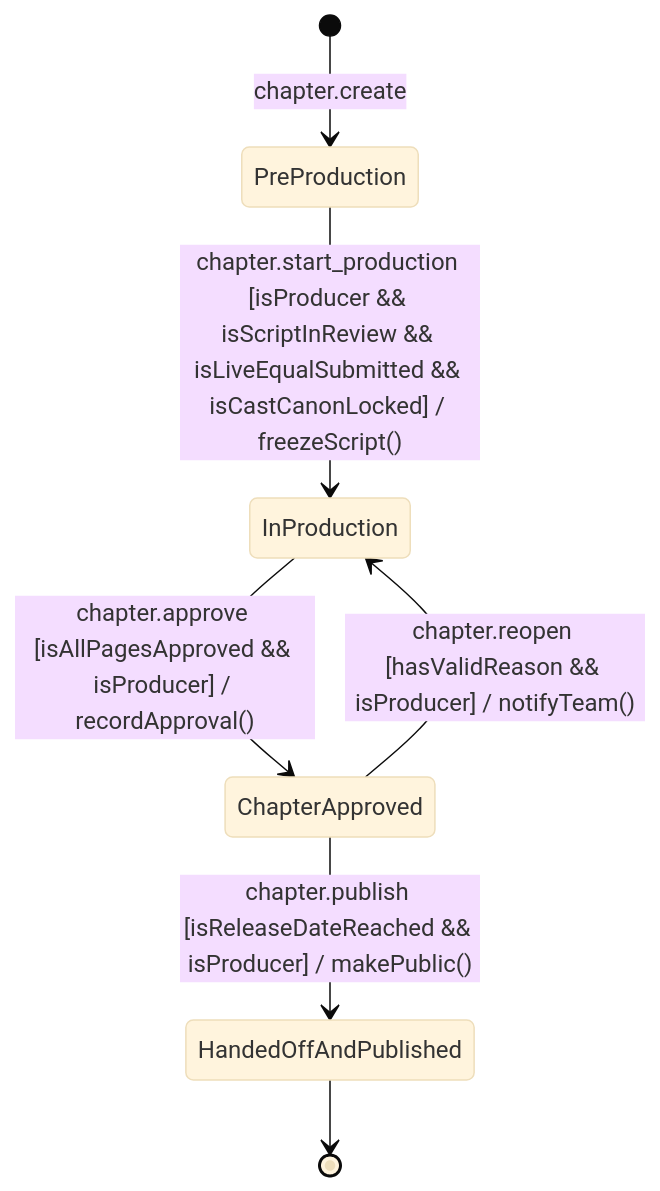
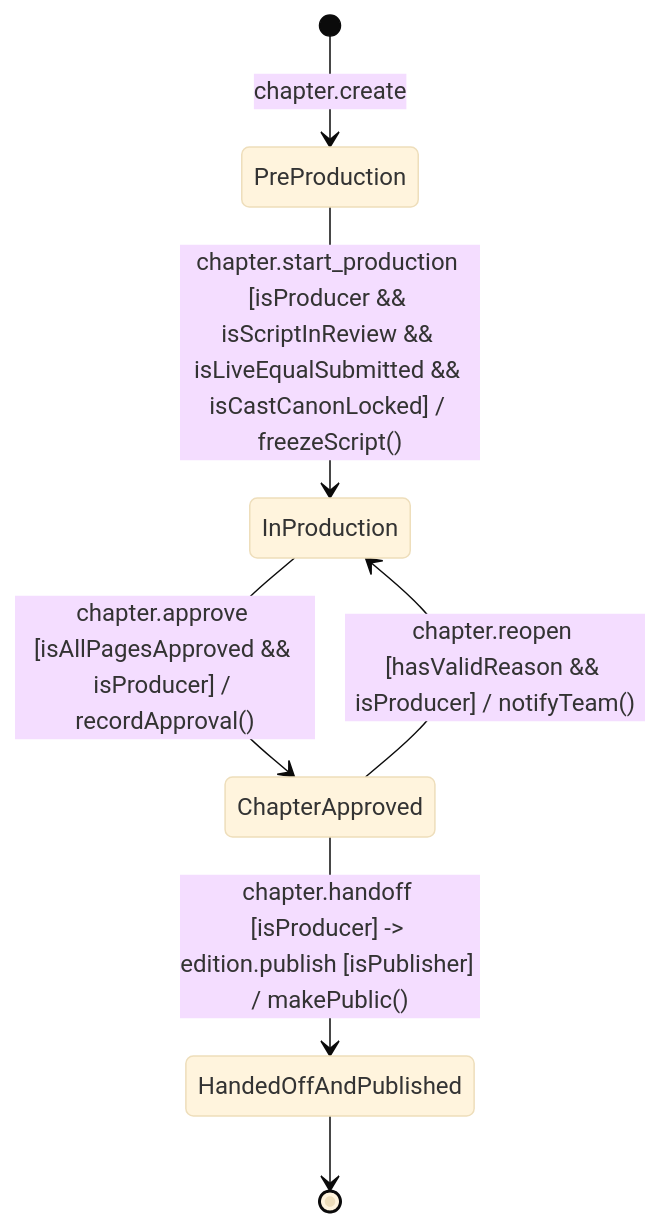
One commit to tkiennt/panelforge-hubs changed the first of 4 diagrams in docs/standards/PanelForge_State_Machine_Naming_Standards.md. Above: the diagram before and after it, drawn with Mermaid (base theme). The commit also changed other lines of this file and 4 other files, not shown here.

Commit message:
docs(release): publisher publishes after producer hand-off

````diff
--- a/docs/standards/PanelForge_State_Machine_Naming_Standards.md
+++ b/docs/standards/PanelForge_State_Machine_Naming_Standards.md
@@ -166,9 +166,9 @@
 ```mermaid
 stateDiagram-v2
     [*] --> PreProduction: chapter.create
     PreProduction --> InProduction: chapter.start_production [isProducer && isScriptInReview && isLiveEqualSubmitted && isCastCanonLocked] / freezeScript()
     InProduction --> ChapterApproved: chapter.approve [isAllPagesApproved && isProducer] / recordApproval()
     ChapterApproved --> InProduction: chapter.reopen [hasValidReason && isProducer] / notifyTeam()
-    ChapterApproved --> HandedOffAndPublished: chapter.publish [isReleaseDateReached && isProducer] / makePublic()
+    ChapterApproved --> HandedOffAndPublished: chapter.handoff [isProducer] -> edition.publish [isPublisher] / makePublic()
     HandedOffAndPublished --> [*]
 ```
````
